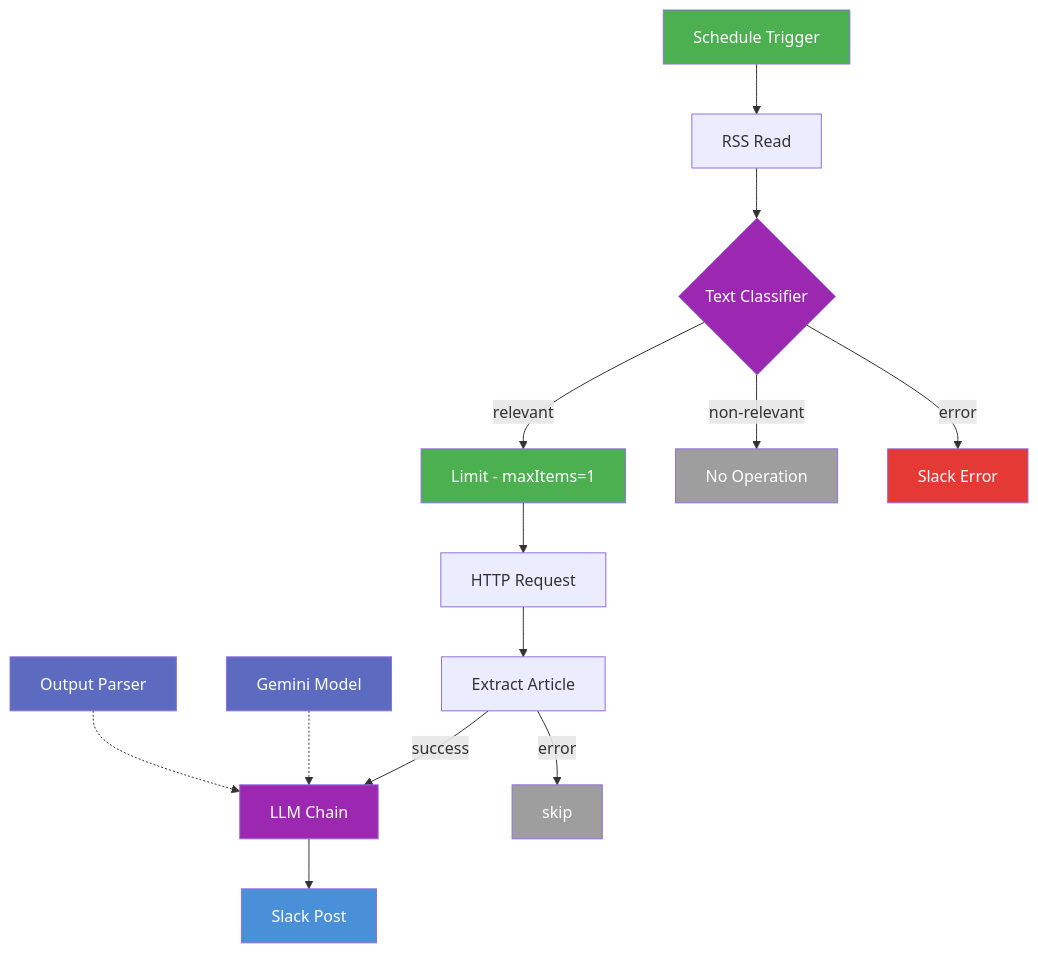
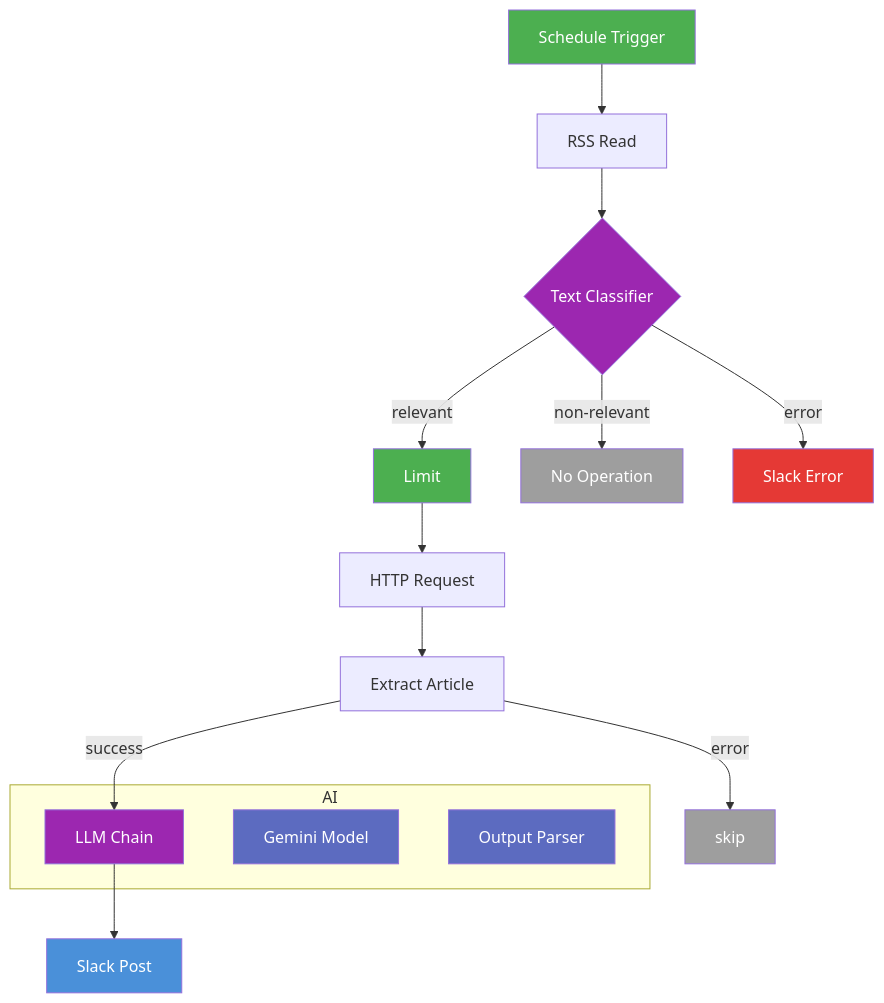
Before and after one commit to takumiwork-n8n/X_present_post_workflow: the diagram in 修正後/README.md, drawn with Mermaid. The commit also changed 7 other files, not shown here.

Commit message:
fix: replace dotted edges with subgraph for GitHub mermaid compat

````diff
--- a/修正後/README.md
+++ b/修正後/README.md
@@ -37,25 +37,28 @@
 ```mermaid
 flowchart TD
     A[Schedule Trigger] --> B[RSS Read]
     B --> C{Text Classifier}
-    C -->|relevant| D[Limit - maxItems=1]
+    C -->|relevant| D[Limit]
     C -->|non-relevant| E[No Operation]
     C -->|error| F[Slack Error]
     D --> G[HTTP Request]
     G --> H[Extract Article]
     H -->|success| I[LLM Chain]
     H -->|error| SKIP[skip]
     I --> J[Slack Post]
-    K[Gemini Model] -.-> I
-    L[Output Parser] -.-> I
+    subgraph AI
+        I
+        K[Gemini Model]
+        L[Output Parser]
+    end
     style A fill:#4CAF50,color:#fff
     style J fill:#4A90D9,color:#fff
     style F fill:#E53935,color:#fff
     style E fill:#9E9E9E,color:#fff
     style SKIP fill:#9E9E9E,color:#fff
     style D fill:#4CAF50,color:#fff
     style C fill:#9C27B0,color:#fff
     style I fill:#9C27B0,color:#fff
     style K fill:#5c6bc0,color:#fff
     style L fill:#5c6bc0,color:#fff
 ```
````
